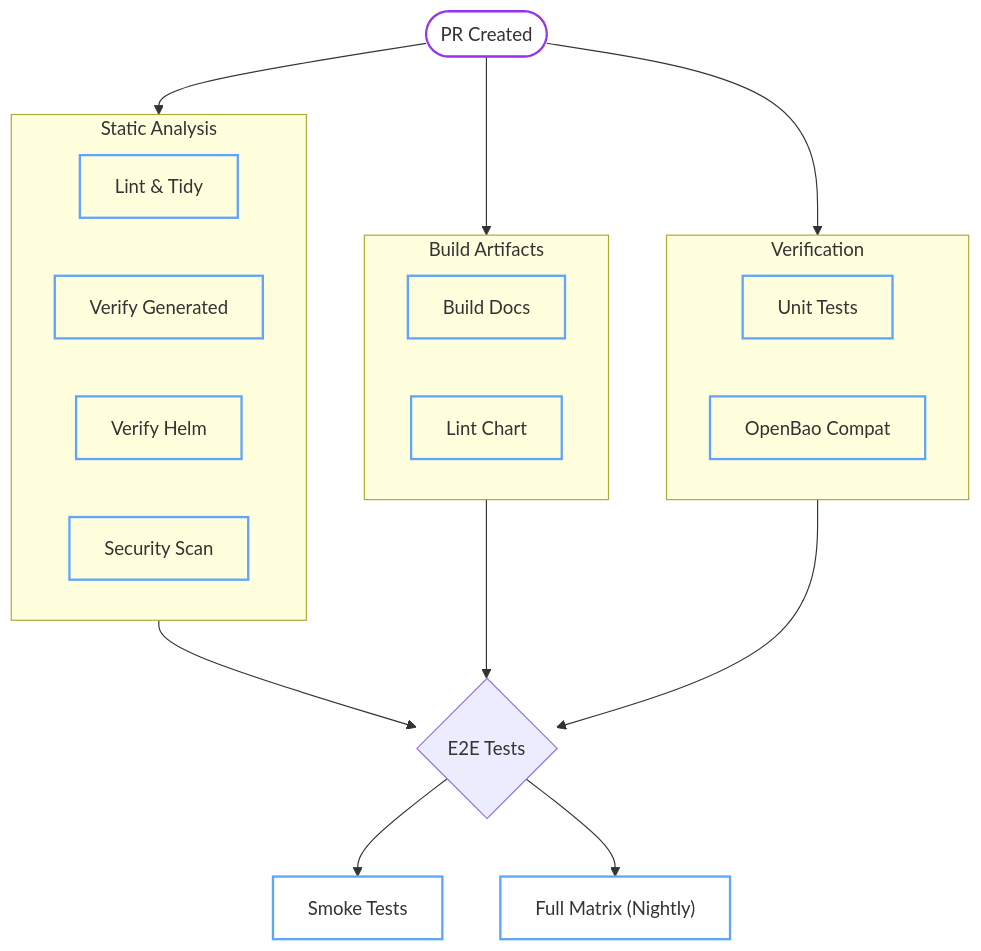
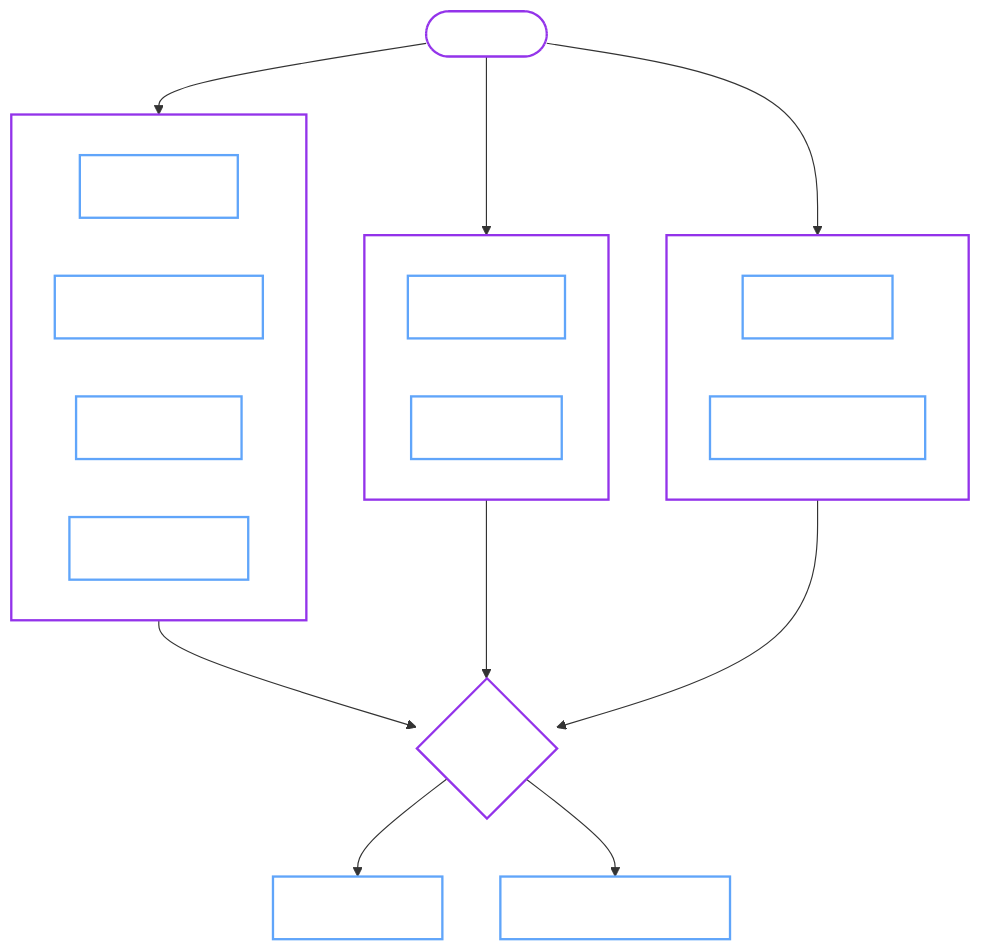
One commit to dc-tec/openbao-operator changed the diagram in docs/contributing/ci.md. Above: the diagram before and after it, drawn with Mermaid. The commit also changed 48 other files, not shown here.

````diff
--- a/docs/contributing/ci.md
+++ b/docs/contributing/ci.md
@@ -9,36 +9,38 @@
 ```mermaid
 graph TD
     PR([PR Created]) --> Static
     PR --> Build
     PR --> Unit
 
     subgraph Static [Static Analysis]
         Lint[Lint & Tidy]
         Gen[Verify Generated]
         Helm[Verify Helm]
         Sec[Security Scan]
     end
 
     subgraph Build [Build Artifacts]
         Docs[Build Docs]
         Chart[Lint Chart]
     end
 
     subgraph Unit [Verification]
         Sanity[Unit Tests]
         Compat[OpenBao Compat]
     end
 
     Static --> E2E{E2E Tests}
     Build --> E2E
     Unit --> E2E
 
     E2E --> Smoke["Smoke Tests"]
     E2E --> Full["Full Matrix (Nightly)"]
 
-    classDef process fill:transparent,stroke:#9333ea,stroke-width:2px;
-    classDef check fill:transparent,stroke:#60a5fa,stroke-width:2px;
+    classDef process fill:transparent,stroke:#9333ea,stroke-width:2px,color:#fff;
+    classDef read fill:transparent,stroke:#60a5fa,stroke-width:2px,color:#fff;
+    classDef write fill:transparent,stroke:#22c55e,stroke-width:2px,color:#fff;
     
     class PR process;
-    class Lint,Gen,Helm,Sec,Docs,Chart,Sanity,Compat,Smoke,Full check;
+    class Static,Build,Unit,E2E process;
+    class Lint,Gen,Helm,Sec,Docs,Chart,Sanity,Compat,Smoke,Full read;
 ```
````
